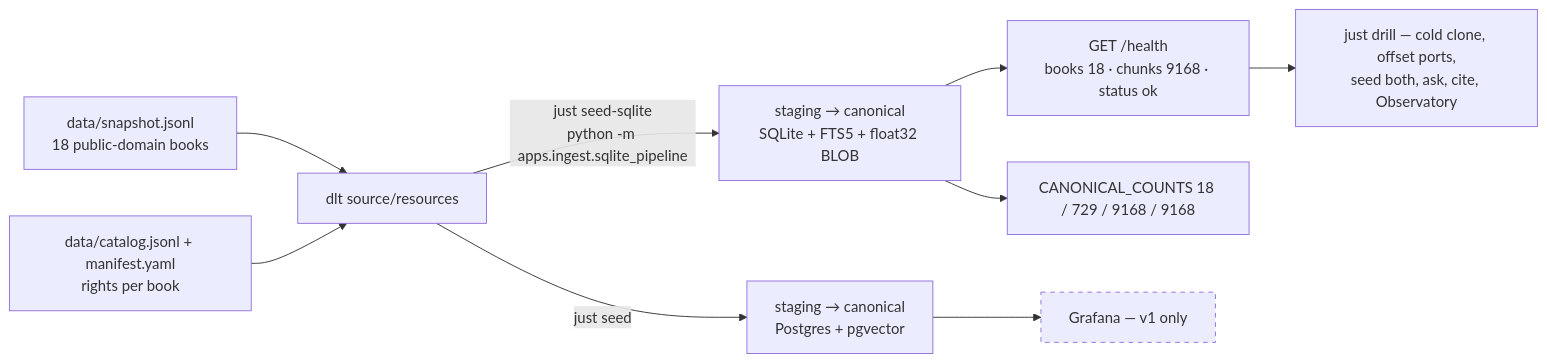
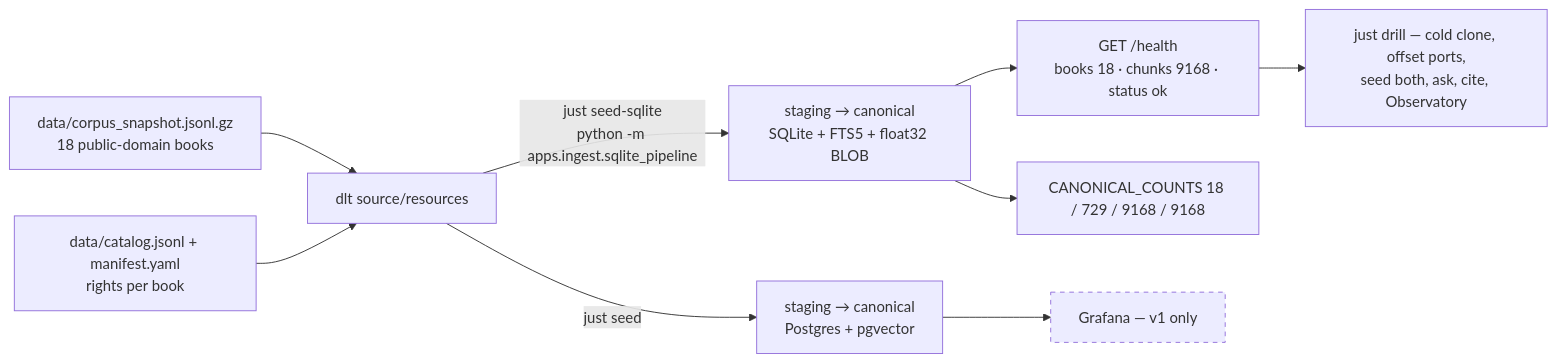
One commit to elgrassa/homelib changed the diagram in docs/wiki/local-development.md. Above: the diagram before and after it, drawn with Mermaid. The commit also changed other lines of this file and 3 other files, not shown here.

````diff
--- a/docs/wiki/local-development.md
+++ b/docs/wiki/local-development.md
@@ -58,12 +59,12 @@
 ```mermaid
 flowchart LR
-    SNAP[data/snapshot.jsonl<br/>18 public-domain books] --> DLT[dlt source/resources]
+    SNAP[data/corpus_snapshot.jsonl.gz<br/>18 public-domain books] --> DLT[dlt source/resources]
     CAT[data/catalog.jsonl + manifest.yaml<br/>rights per book] --> DLT
     DLT -->|just seed| STG_PG[staging → canonical<br/>Postgres + pgvector]
     DLT -->|just seed-sqlite<br/>python -m apps.ingest.sqlite_pipeline| STG_SQ[staging → canonical<br/>SQLite + FTS5 + float32 BLOB]
     STG_SQ --> H[GET /health<br/>books 18 · chunks 9168 · status ok]
     STG_SQ --> CNT[CANONICAL_COUNTS 18 / 729 / 9168 / 9168]
     H --> DRILL[just drill — cold clone, offset ports,<br/>seed both, ask, cite, Observatory]
     STG_PG --> GRAF[Grafana — v1 only]
     style GRAF stroke-dasharray: 5 5
 ```
````
